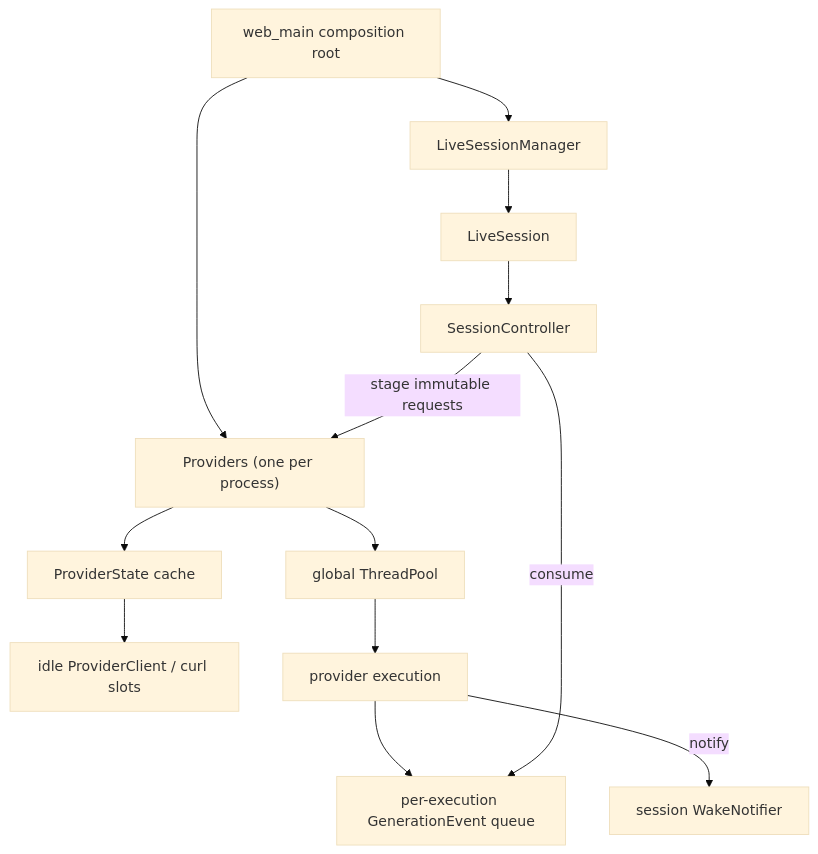
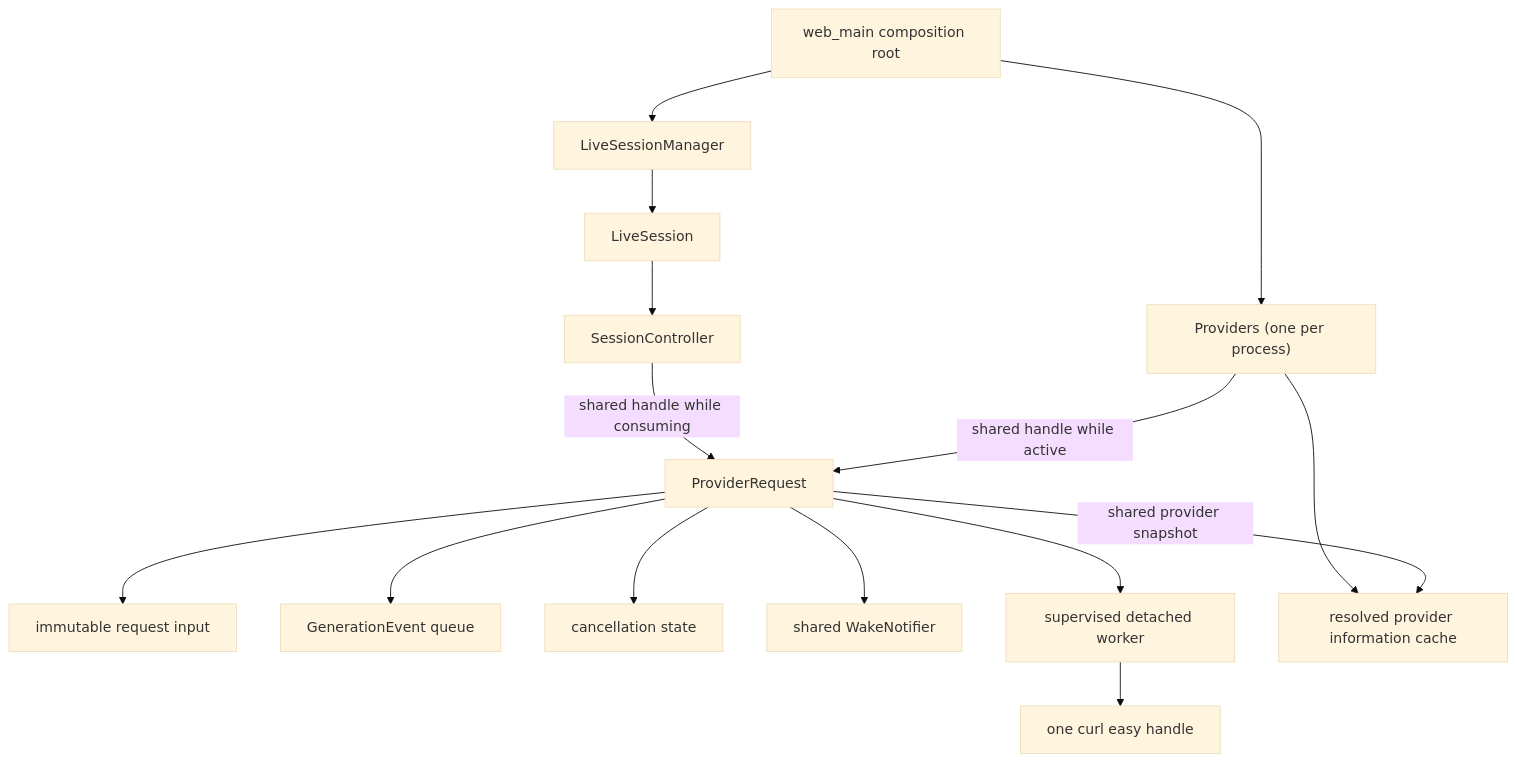
One commit to michaelpopov/cha changed the diagram in docs/design.md. Above: the diagram before and after it, drawn with Mermaid (base theme). The commit also changed other lines of this file and 4 other files, not shown here.

````diff
--- a/docs/design.md
+++ b/docs/design.md
@@ -114,15 +107,20 @@
 ```mermaid
 flowchart TD
     Main["web_main composition root"] --> Providers["Providers (one per process)"]
     Main --> Manager["LiveSessionManager"]
     Manager --> Session["LiveSession"]
     Session --> Controller["SessionController"]
-    Controller -->|"stage immutable requests"| Providers
-    Providers --> Pool["global ThreadPool"]
-    Providers --> States["ProviderState cache"]
-    States --> Clients["idle ProviderClient / curl slots"]
-    Pool --> Task["provider execution"]
-    Task --> Queue["per-execution GenerationEvent queue"]
-    Task -->|"notify"| Wake["session WakeNotifier"]
-    Controller -->|"consume"| Queue
+
+    Controller -->|"shared handle while consuming"| Request["ProviderRequest"]
+    Providers -->|"shared handle while active"| Request
+
+    Request --> Input["immutable request input"]
+    Request --> Queue["GenerationEvent queue"]
+    Request --> Cancel["cancellation state"]
+    Request --> Wake["shared WakeNotifier"]
+    Request --> Worker["supervised detached worker"]
+    Worker --> Curl["one curl easy handle"]
+
+    Providers --> Cache["resolved provider information cache"]
+    Request -->|"shared provider snapshot"| Cache
 ```
````
